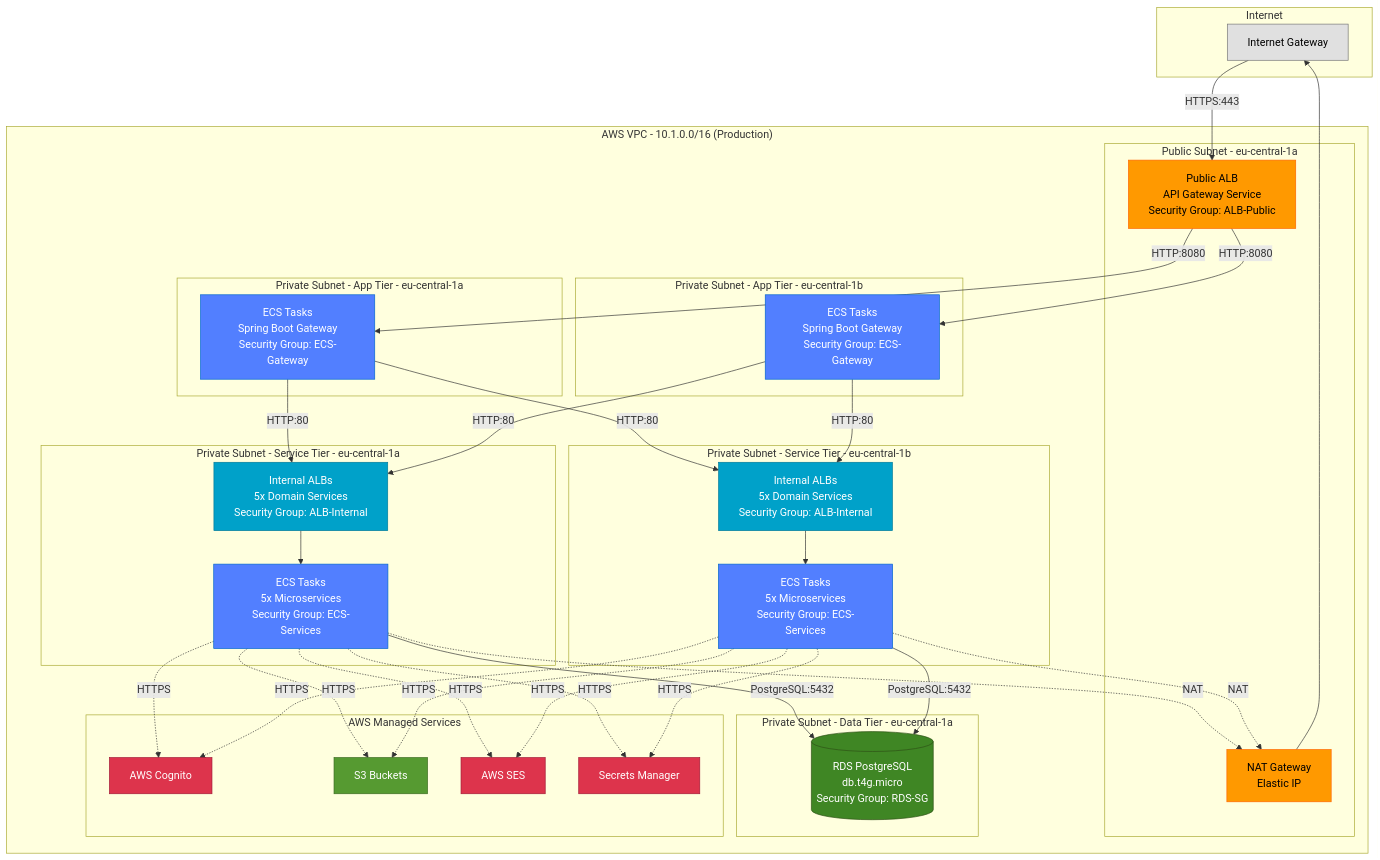
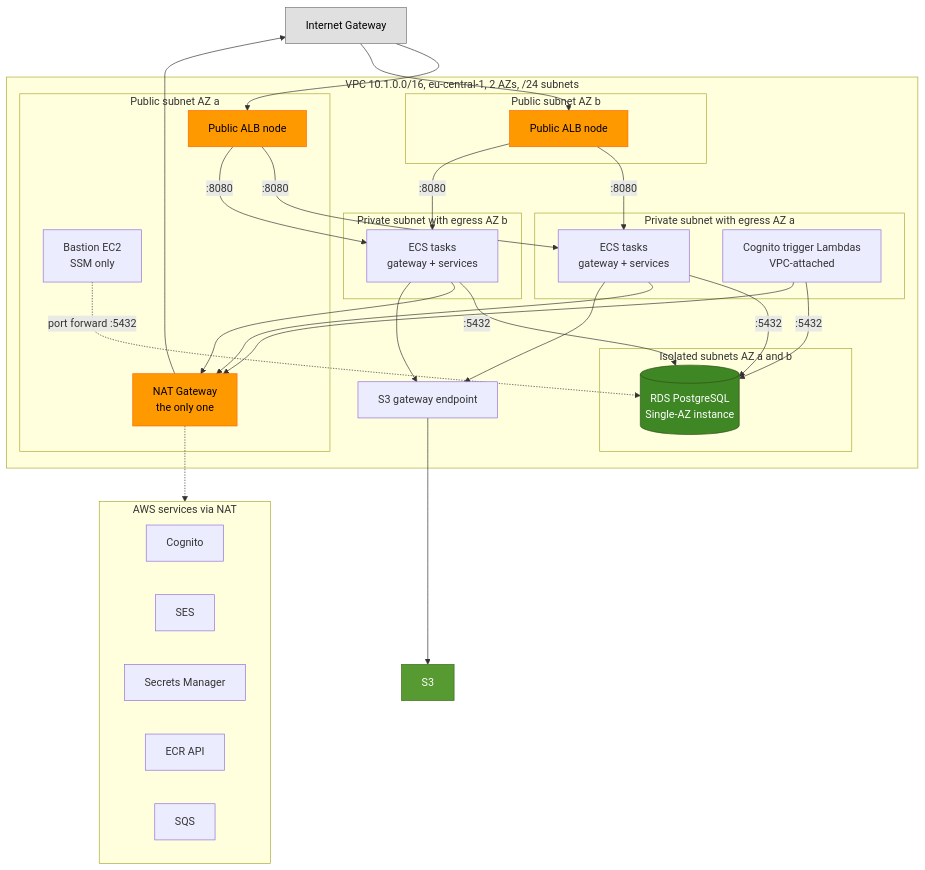
Diagram 17 of 26 in docs/architecture/02-infrastructure-deployment.md (nissimbuchs/BATbern2), drawn with Mermaid before and after one commit. The commit also changed other lines of this file and 164 other files, not shown here.

First line of the commit message:
docs: documentation audit before BATbern60 (user guide, screenshots, PRD, architecture diagrams) (#1224)

````diff
--- a/docs/architecture/02-infrastructure-deployment.md
+++ b/docs/architecture/02-infrastructure-deployment.md
@@ -1081,70 +944,50 @@
 ```mermaid
 graph TB
-    subgraph "Internet"
-        IGW[Internet Gateway]
+    IGW["Internet Gateway"]
+
+    subgraph VPC["VPC 10.1.0.0/16, eu-central-1, 2 AZs, /24 subnets"]
+        subgraph PUBA["Public subnet AZ a"]
+            NAT1["NAT Gateway<br/>the only one"]
+            ALB_A["Public ALB node"]
+            BAST["Bastion EC2<br/>SSM only"]
+        end
+        subgraph PUBB["Public subnet AZ b"]
+            ALB_B["Public ALB node"]
+        end
+        subgraph PRIVA["Private subnet with egress AZ a"]
+            ECS_A["ECS tasks<br/>gateway + services"]
+            LAMBDA["Cognito trigger Lambdas<br/>VPC-attached"]
+        end
+        subgraph PRIVB["Private subnet with egress AZ b"]
+            ECS_B["ECS tasks<br/>gateway + services"]
+        end
+        subgraph ISOA["Isolated subnets AZ a and b"]
+            RDS[("RDS PostgreSQL<br/>Single-AZ instance")]
+        end
+        S3EP["S3 gateway endpoint"]
     end
 
-    subgraph "AWS VPC - 10.1.0.0/16 (Production)"
-        subgraph "Public Subnet - eu-central-1a"
-            NAT1[NAT Gateway<br/>Elastic IP]
-            ALB_PUB[Public ALB<br/>API Gateway Service<br/>Security Group: ALB-Public]
-        end
+    subgraph AWSM["AWS services via NAT"]
+        COGNITO["Cognito"]
+        SES["SES"]
+        SECRETS["Secrets Manager"]
+        ECRS["ECR API"]
+        SQS["SQS"]
+    end
+    S3["S3"]
 
-        subgraph "Private Subnet - App Tier - eu-central-1a"
-            ECS_GW[ECS Tasks<br/>Spring Boot Gateway<br/>Security Group: ECS-Gateway]
-        end
-
-        subgraph "Private Subnet - App Tier - eu-central-1b"
-            ECS_GW2[ECS Tasks<br/>Spring Boot Gateway<br/>Security Group: ECS-Gateway]
-        end
-
-        subgraph "Private Subnet - Service Tier - eu-central-1a"
-            ALB_INT1[Internal ALBs<br/>5x Domain Services<br/>Security Group: ALB-Internal]
-            ECS_SVC1[ECS Tasks<br/>5x Microservices<br/>Security Group: ECS-Services]
-        end
-
-        subgraph "Private Subnet - Service Tier - eu-central-1b"
-            ALB_INT2[Internal ALBs<br/>5x Domain Services<br/>Security Group: ALB-Internal]
-            ECS_SVC2[ECS Tasks<br/>5x Microservices<br/>Security Group: ECS-Services]
-        end
-
-        subgraph "Private Subnet - Data Tier - eu-central-1a"
-            RDS[(RDS PostgreSQL<br/>db.t4g.micro<br/>Security Group: RDS-SG)]
-        end
-
-        subgraph "AWS Managed Services"
-            COGNITO[AWS Cognito]
-            S3[S3 Buckets]
-            SES[AWS SES]
-            SECRETS[Secrets Manager]
-        end
-    end
-
-    IGW -->|HTTPS:443| ALB_PUB
-    ALB_PUB -->|HTTP:8080| ECS_GW & ECS_GW2
-
-    ECS_GW & ECS_GW2 -->|HTTP:80| ALB_INT1 & ALB_INT2
-    ALB_INT1 --> ECS_SVC1
-    ALB_INT2 --> ECS_SVC2
-
-    ECS_SVC1 & ECS_SVC2 -->|PostgreSQL:5432| RDS
-    ECS_SVC1 & ECS_SVC2 -.->|NAT| NAT1
-    NAT1 --> IGW
-
-    ECS_SVC1 & ECS_SVC2 -.->|HTTPS| COGNITO & S3 & SES & SECRETS
+    IGW --> ALB_A & ALB_B
+    ALB_A & ALB_B -->|":8080"| ECS_A & ECS_B
+    ECS_A & ECS_B & LAMBDA -->|":5432"| RDS
+    BAST -.->|"port forward :5432"| RDS
+    ECS_A & ECS_B & LAMBDA --> NAT1 --> IGW
+    NAT1 -.-> AWSM
+    ECS_A & ECS_B --> S3EP --> S3
 
     style IGW fill:#E0E0E0,stroke:#757575,color:#000
     style NAT1 fill:#FF9900,stroke:#FF6600,color:#000
-    style ALB_PUB fill:#FF9900,stroke:#FF6600,color:#000
-    style ECS_GW fill:#527FFF,stroke:#0066CC,color:#fff
-    style ECS_GW2 fill:#527FFF,stroke:#0066CC,color:#fff
-    style ALB_INT1 fill:#00A1C9,stroke:#007A99,color:#fff
-    style ALB_INT2 fill:#00A1C9,stroke:#007A99,color:#fff
-    style ECS_SVC1 fill:#527FFF,stroke:#0066CC,color:#fff
-    style ECS_SVC2 fill:#527FFF,stroke:#0066CC,color:#fff
+    style ALB_A fill:#FF9900,stroke:#FF6600,color:#000
+    style ALB_B fill:#FF9900,stroke:#FF6600,color:#000
     style RDS fill:#3F8624,stroke:#2D5016,color:#fff
-    style COGNITO fill:#DD344C,stroke:#A21835,color:#fff
     style S3 fill:#569A31,stroke:#3A6B1F,color:#fff
-    style SES fill:#DD344C,stroke:#A21835,color:#fff
-    style SECRETS fill:#DD344C,stroke:#A21835,color:#fff
 ```
````
